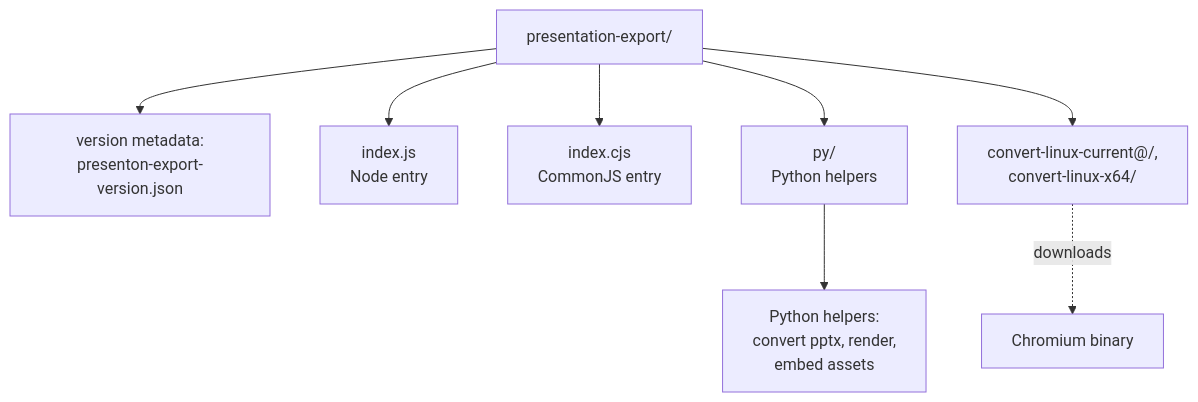
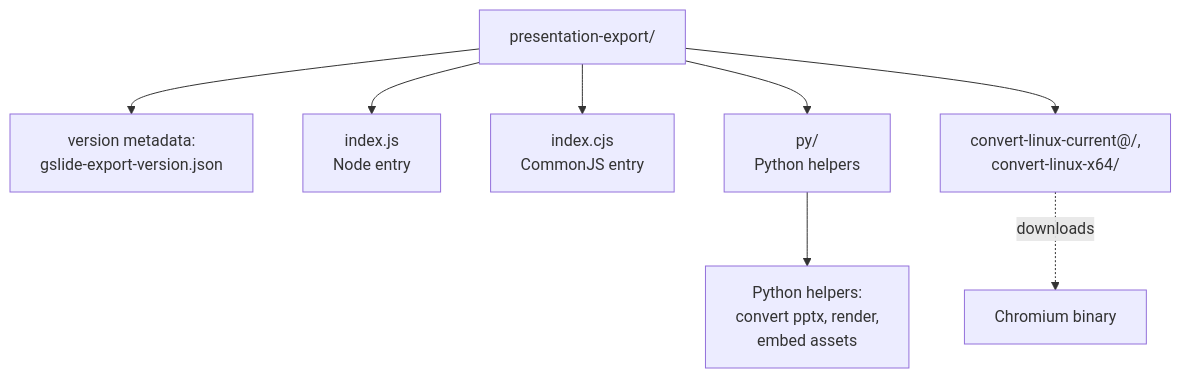
One commit to xuanthai-work/presenton-gapo changed the first of 3 diagrams in docs/architecture/05-level-export-runtime.md. Above: the diagram before and after it, drawn with Mermaid. The commit also changed other lines of this file and 155 other files, not shown here.

````diff
--- a/docs/architecture/05-level-export-runtime.md
+++ b/docs/architecture/05-level-export-runtime.md
@@ -12,13 +12,13 @@
 ```mermaid
 graph TB
     Export["presentation-export/"]
-    Export --> Ver["version metadata:<br/>presenton-export-version.json"]
+    Export --> Ver["version metadata:<br/>gslide-export-version.json"]
     Export --> NodeMain["index.js<br/>Node entry"]
     Export --> CjsMain["index.cjs<br/>CommonJS entry"]
     Export --> Py["py/<br/>Python helpers"]
     Export --> Binaries["convert-linux-current@/,<br/>convert-linux-x64/"]
 
     Py --> Helpers["Python helpers:<br/>convert pptx, render,<br/>embed assets"]
 
     Binaries -.downloads.-> Chromium["Chromium binary"]
 ```
````
